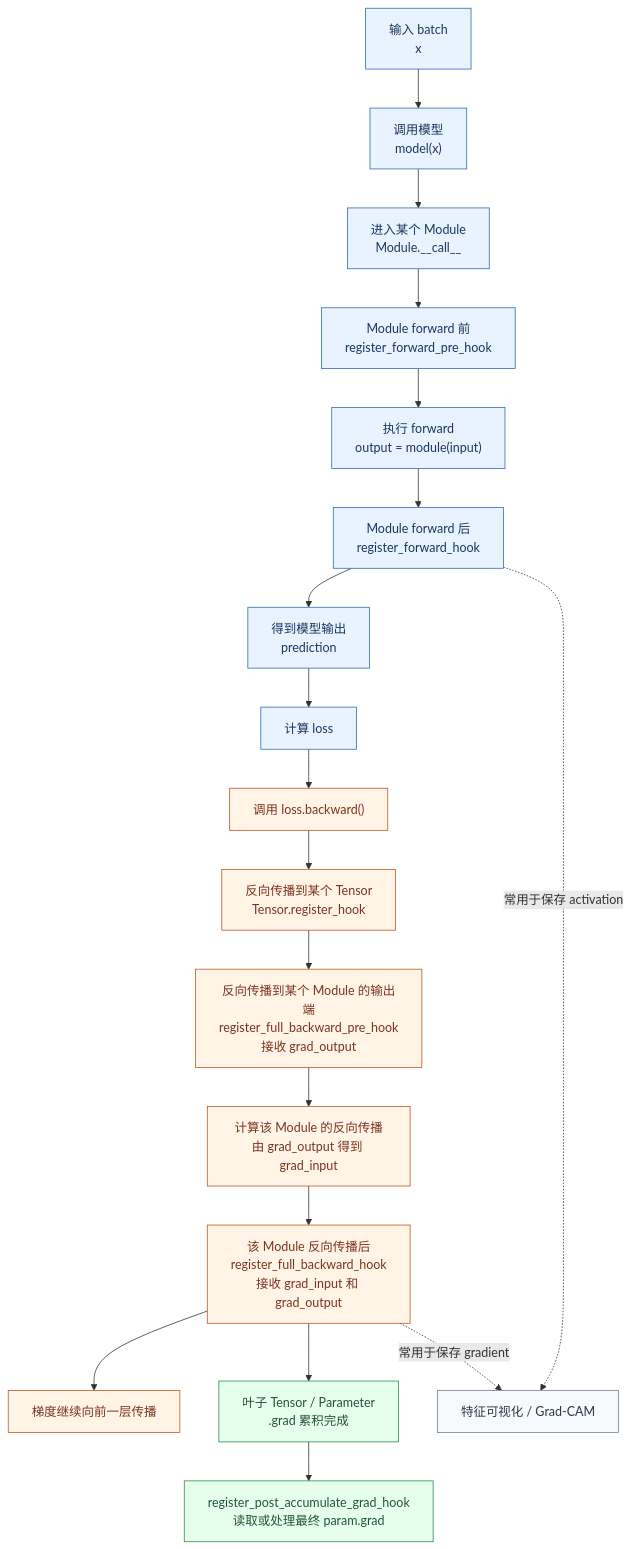
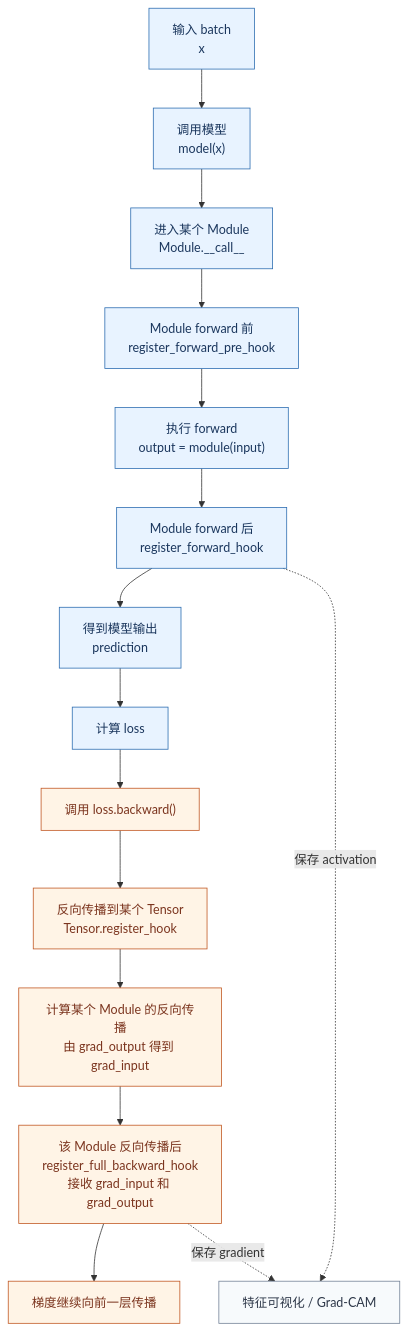
Before and after one commit to hitbug-11/PyTorch-Notes: the diagram in notes/08-hooks.md, drawn with Mermaid. The commit also changed other lines of this file, not shown here.

Commit message:
Refine hook notes by execution order

````diff
--- a/notes/08-hooks.md
+++ b/notes/08-hooks.md
@@ -52,32 +50,27 @@
 ```mermaid
 flowchart TD
     A["输入 batch<br/>x"] --> B["调用模型<br/>model(x)"]
     B --> C["进入某个 Module<br/>Module.__call__"]
     C --> D["Module forward 前<br/>register_forward_pre_hook"]
     D --> E["执行 forward<br/>output = module(input)"]
     E --> F["Module forward 后<br/>register_forward_hook"]
     F --> G["得到模型输出<br/>prediction"]
     G --> H["计算 loss"]
     H --> I["调用 loss.backward()"]
 
     I --> J["反向传播到某个 Tensor<br/>Tensor.register_hook"]
-    J --> K["反向传播到某个 Module 的输出端<br/>register_full_backward_pre_hook<br/>接收 grad_output"]
-    K --> L["计算该 Module 的反向传播<br/>由 grad_output 得到 grad_input"]
-    L --> M["该 Module 反向传播后<br/>register_full_backward_hook<br/>接收 grad_input 和 grad_output"]
-    M --> N["梯度继续向前一层传播"]
-    M --> O["叶子 Tensor / Parameter<br/>.grad 累积完成"]
-    O --> P["register_post_accumulate_grad_hook<br/>读取或处理最终 param.grad"]
+    J --> K["计算某个 Module 的反向传播<br/>由 grad_output 得到 grad_input"]
+    K --> L["该 Module 反向传播后<br/>register_full_backward_hook<br/>接收 grad_input 和 grad_output"]
+    L --> M["梯度继续向前一层传播"]
 
-    F -. "常用于保存 activation" .-> Q["特征可视化 / Grad-CAM"]
-    M -. "常用于保存 gradient" .-> Q
+    F -. "保存 activation" .-> N["特征可视化 / Grad-CAM"]
+    L -. "保存 gradient" .-> N
 
     classDef forward fill:#e8f3ff,stroke:#2b6cb0,color:#1a365d;
     classDef backward fill:#fff4e6,stroke:#c05621,color:#7b341e;
-    classDef accumulated fill:#e6ffed,stroke:#2f855a,color:#22543d;
     classDef analysis fill:#f7fafc,stroke:#718096,color:#2d3748;
 
     class A,B,C,D,E,F,G,H forward;
-    class I,J,K,L,M,N backward;
-    class O,P accumulated;
-    class Q analysis;
+    class I,J,K,L,M backward;
+    class N analysis;
 ```
````
